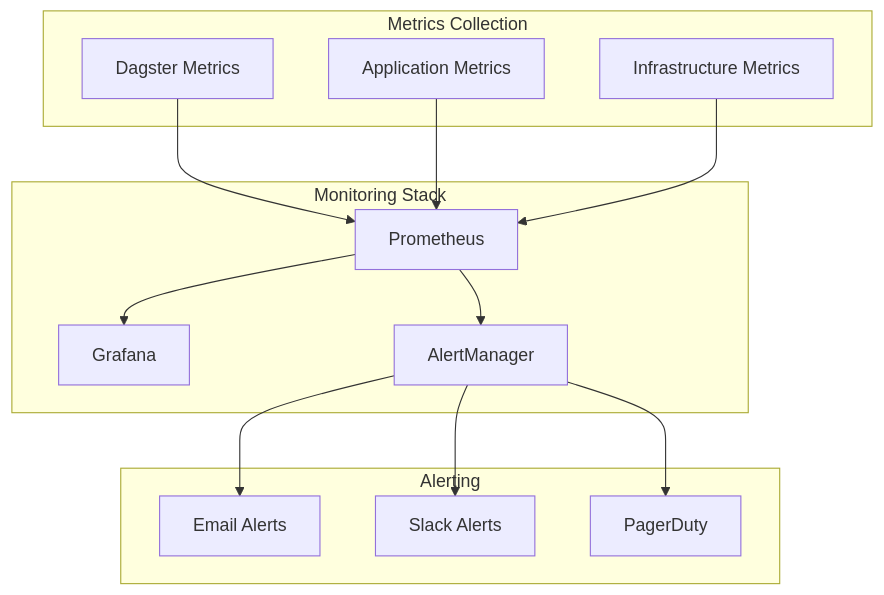
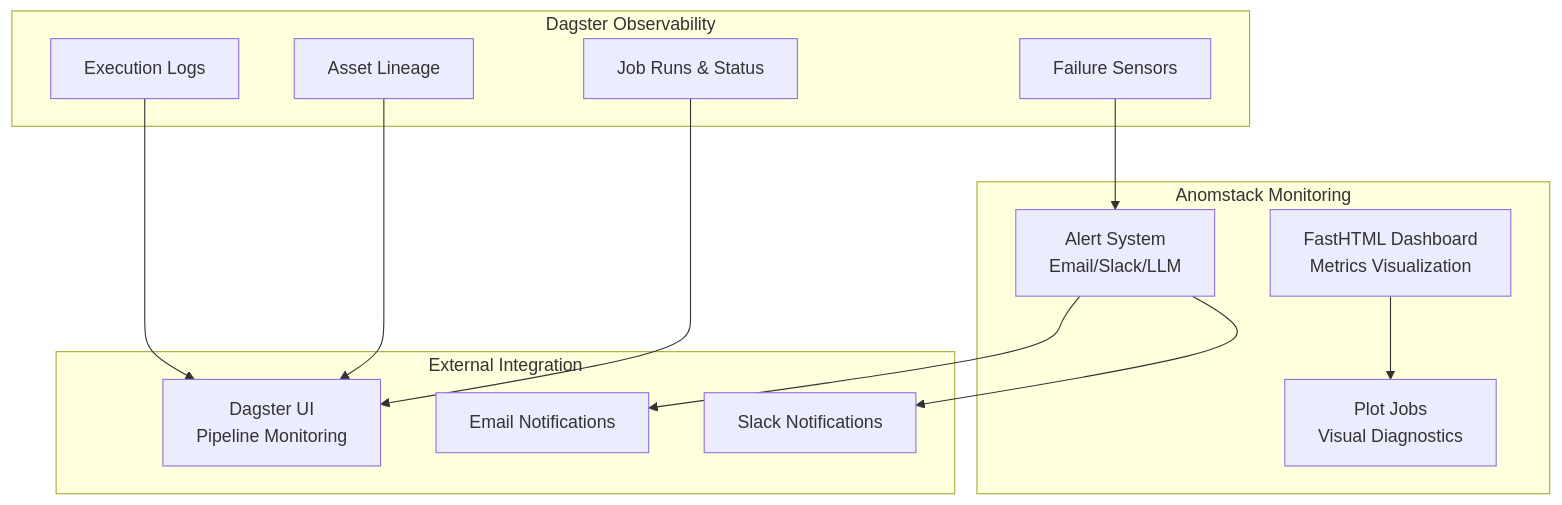
The ninth of 9 diagrams in ARCHITECTURE.md (andrewm4894/anomstack), drawn with Mermaid before and after one commit. The commit also changed other lines of this file, not shown here.

Commit message:
Update architecture documentation to enhance observability section
- Renamed "System Metrics" to "Built-in Observability" and detailed Anomstack's integration with Dagster's observability features.
- Updated diagrams to reflect new monitoring capabilities, including job runs, asset lineage, execution logs, and failure sensors.
- Expanded the available monitoring features list to include Dagster UI, FastHTML Dashboard, and alert system functionalities.

````diff
--- a/ARCHITECTURE.md
+++ b/ARCHITECTURE.md
@@ -451,31 +453,30 @@
 ```mermaid
 graph TD
-    subgraph "Metrics Collection"
-        DAGSTER[Dagster Metrics]
-        APP[Application Metrics]
-        INFRA[Infrastructure Metrics]
+    subgraph "Dagster Observability"
+        RUNS[Job Runs & Status]
+        ASSETS[Asset Lineage]
+        LOGS[Execution Logs]
+        SENSORS[Failure Sensors]
     end
     
-    subgraph "Monitoring Stack"
-        PROM[Prometheus]
-        GRAF[Grafana]
-        ALERT[AlertManager]
+    subgraph "Anomstack Monitoring"
+        DASH[FastHTML Dashboard<br/>Metrics Visualization]
+        PLOTS[Plot Jobs<br/>Visual Diagnostics]
+        ALERTS[Alert System<br/>Email/Slack/LLM]
     end
     
-    subgraph "Alerting"
-        EMAIL[Email Alerts]
-        SLACK[Slack Alerts]
-        PAGER[PagerDuty]
+    subgraph "External Integration"
+        DAGUI[Dagster UI<br/>Pipeline Monitoring]
+        EMAIL[Email Notifications]
+        SLACK[Slack Notifications]
     end
     
-    DAGSTER --> PROM
-    APP --> PROM
-    INFRA --> PROM
+    RUNS --> DAGUI
+    ASSETS --> DAGUI
+    LOGS --> DAGUI
+    SENSORS --> ALERTS
     
-    PROM --> GRAF
-    PROM --> ALERT
-    
-    ALERT --> EMAIL
-    ALERT --> SLACK
-    ALERT --> PAGER
+    DASH --> PLOTS
+    ALERTS --> EMAIL
+    ALERTS --> SLACK
 ```
````
